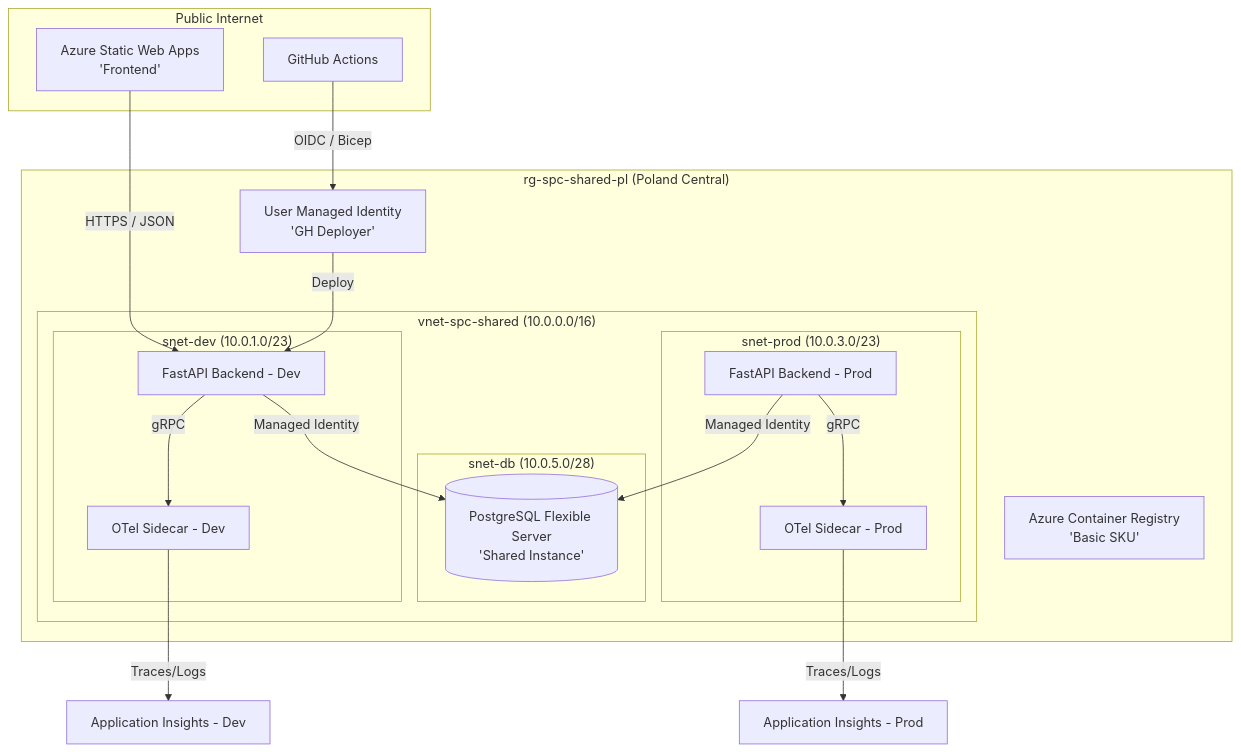
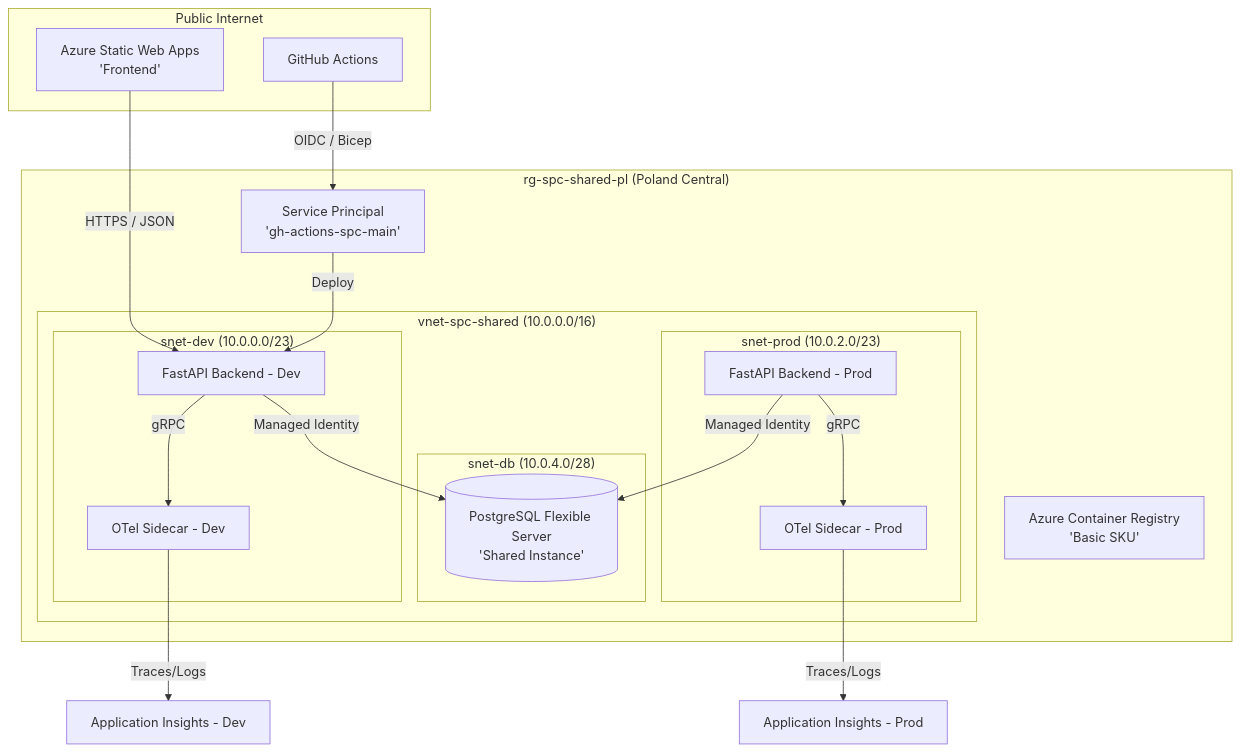
One commit to ljezek/tul-psi changed the fourth of 8 diagrams in docs/DESIGN.md. Above: the diagram before and after it, drawn with Mermaid. The commit also changed 6 other files, not shown here.

````diff
--- a/docs/DESIGN.md
+++ b/docs/DESIGN.md
@@ -384,38 +384,38 @@
 ```mermaid
 graph TB
     subgraph "Public Internet"
         SWA[Azure Static Web Apps<br/>'Frontend']
         GH[GitHub Actions]
     end
 
     subgraph "rg-spc-shared-pl (Poland Central)"
         ACR[Azure Container Registry<br/>'Basic SKU']
-        UAMI[User Managed Identity<br/>'GH Deployer']
+        FEDGH[Service Principal<br/>'gh-actions-spc-main']
         
         subgraph "vnet-spc-shared (10.0.0.0/16)"
-            subgraph "snet-db (10.0.5.0/28)"
+            subgraph "snet-db (10.0.4.0/28)"
                 DB[(PostgreSQL Flexible Server<br/>'Shared Instance')]
             end
-            
-            subgraph "snet-dev (10.0.1.0/23)"
+
+            subgraph "snet-dev (10.0.0.0/23)"
                 ACA_DEV[FastAPI Backend - Dev]
                 OTEL_DEV[OTel Sidecar - Dev]
             end
 
-            subgraph "snet-prod (10.0.3.0/23)"
+            subgraph "snet-prod (10.0.2.0/23)"
                 ACA_PROD[FastAPI Backend - Prod]
                 OTEL_PROD[OTel Sidecar - Prod]
             end
         end
     end
 
     SWA -- "HTTPS / JSON" --> ACA_DEV
-    GH -- "OIDC / Bicep" --> UAMI
-    UAMI -- "Deploy" --> ACA_DEV
+    GH -- "OIDC / Bicep" --> FEDGH
+    FEDGH -- "Deploy" --> ACA_DEV
     ACA_DEV -- "Managed Identity" --> DB
     ACA_DEV -- "gRPC" --> OTEL_DEV
     OTEL_DEV -- "Traces/Logs" --> AI_DEV[Application Insights - Dev]
     ACA_PROD -- "Managed Identity" --> DB
     ACA_PROD -- "gRPC" --> OTEL_PROD
     OTEL_PROD -- "Traces/Logs" --> AI_PROD[Application Insights - Prod]
 ```
````
